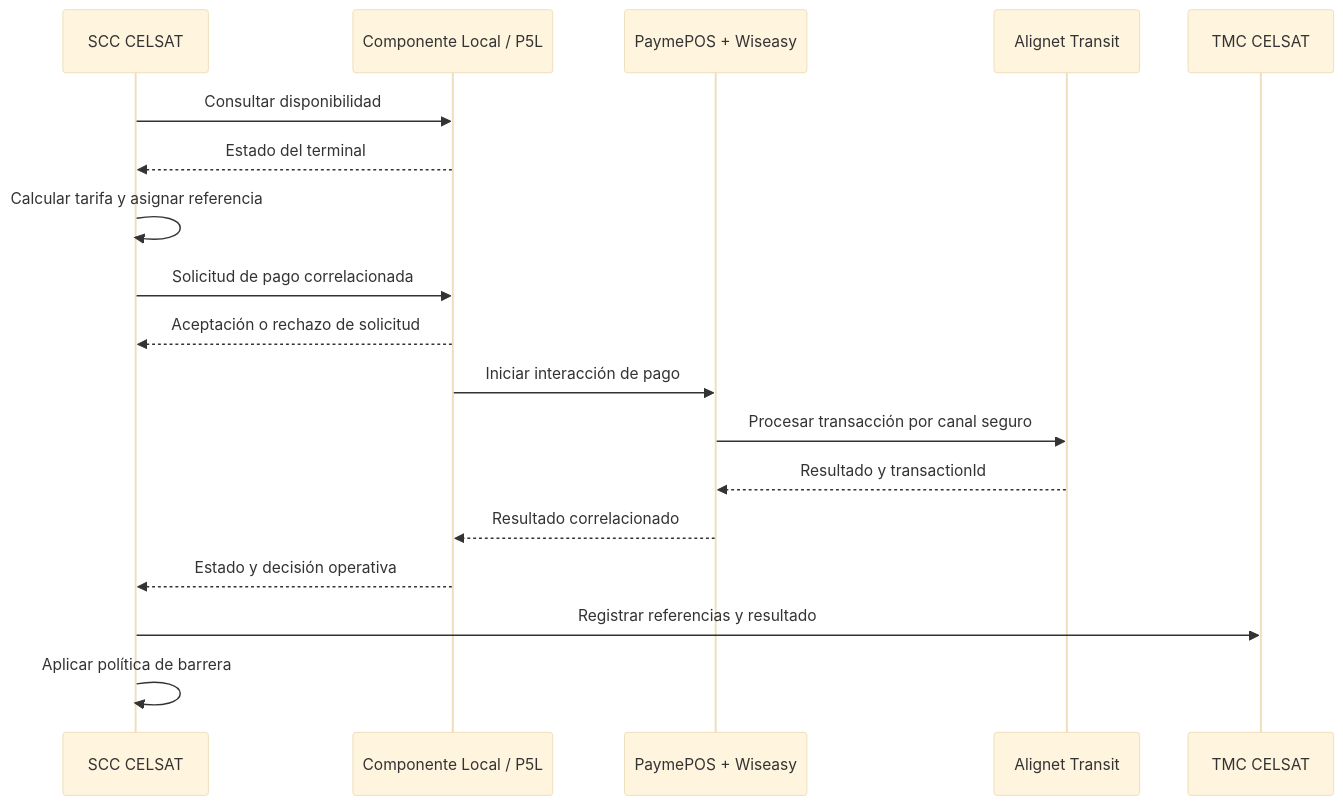
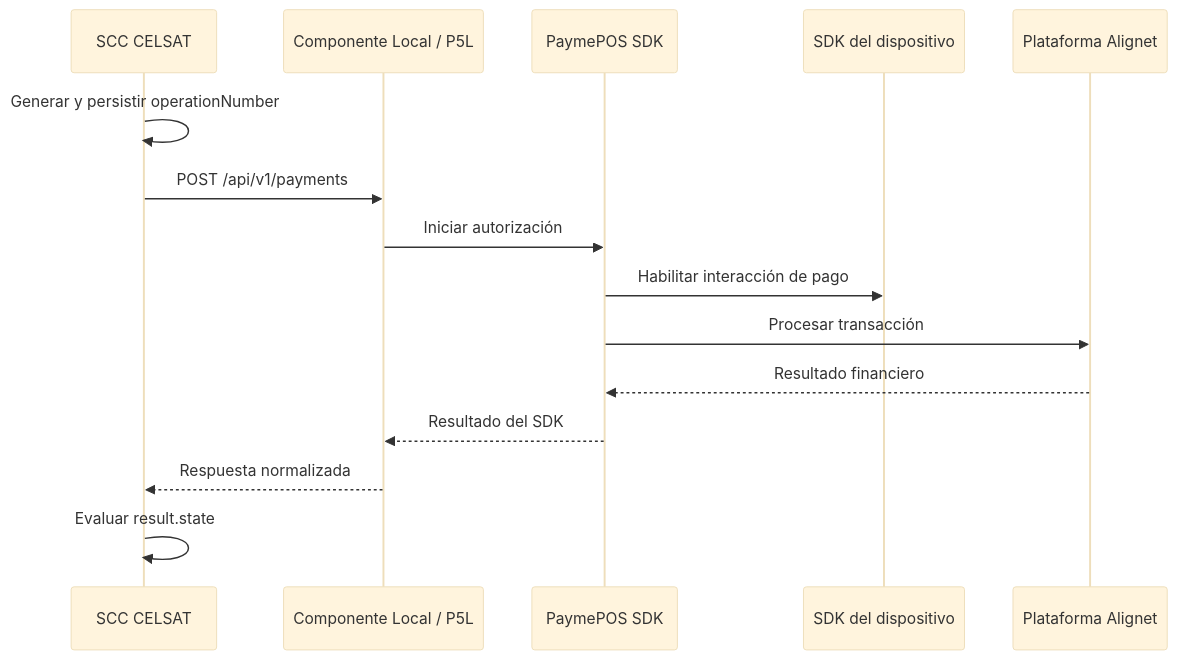
Before and after one commit to alignet-docs/alignet-developers: the first of 2 diagrams in procesamiento-fisico/alignet-transit/operacion-y-recuperacion.mdx, drawn with Mermaid (base theme). The commit also changed other lines of this file and 13 other files, not shown here.

Commit message:
docs(transit): alinea integración CELSAT con especificación final

````diff
--- a/procesamiento-fisico/alignet-transit/operacion-y-recuperacion.mdx
+++ b/procesamiento-fisico/alignet-transit/operacion-y-recuperacion.mdx
@@ -9,21 +9,18 @@
 ```mermaid
 sequenceDiagram
     participant SCC as SCC CELSAT
     participant LOCAL as Componente Local / P5L
-    participant PAY as PaymePOS + Wiseasy
-    participant TRANSIT as Alignet Transit
-    participant TMC as TMC CELSAT
+    participant PAYME as PaymePOS SDK
+    participant DEVICE as SDK del dispositivo
+    participant PLATFORM as Plataforma Alignet
 
-    SCC->>LOCAL: Consultar disponibilidad
-    LOCAL-->>SCC: Estado del terminal
-    SCC->>SCC: Calcular tarifa y asignar referencia
-    SCC->>LOCAL: Solicitud de pago correlacionada
-    LOCAL-->>SCC: Aceptación o rechazo de solicitud
-    LOCAL->>PAY: Iniciar interacción de pago
-    PAY->>TRANSIT: Procesar transacción por canal seguro
-    TRANSIT-->>PAY: Resultado y transactionId
-    PAY-->>LOCAL: Resultado correlacionado
-    LOCAL-->>SCC: Estado y decisión operativa
-    SCC->>TMC: Registrar referencias y resultado
-    SCC->>SCC: Aplicar política de barrera
+    SCC->>SCC: Generar y persistir operationNumber
+    SCC->>LOCAL: POST /api/v1/payments
+    LOCAL->>PAYME: Iniciar autorización
+    PAYME->>DEVICE: Habilitar interacción de pago
+    PAYME->>PLATFORM: Procesar transacción
+    PLATFORM-->>PAYME: Resultado financiero
+    PAYME-->>LOCAL: Resultado del SDK
+    LOCAL-->>SCC: Respuesta normalizada
+    SCC->>SCC: Evaluar result.state
 ```
````
